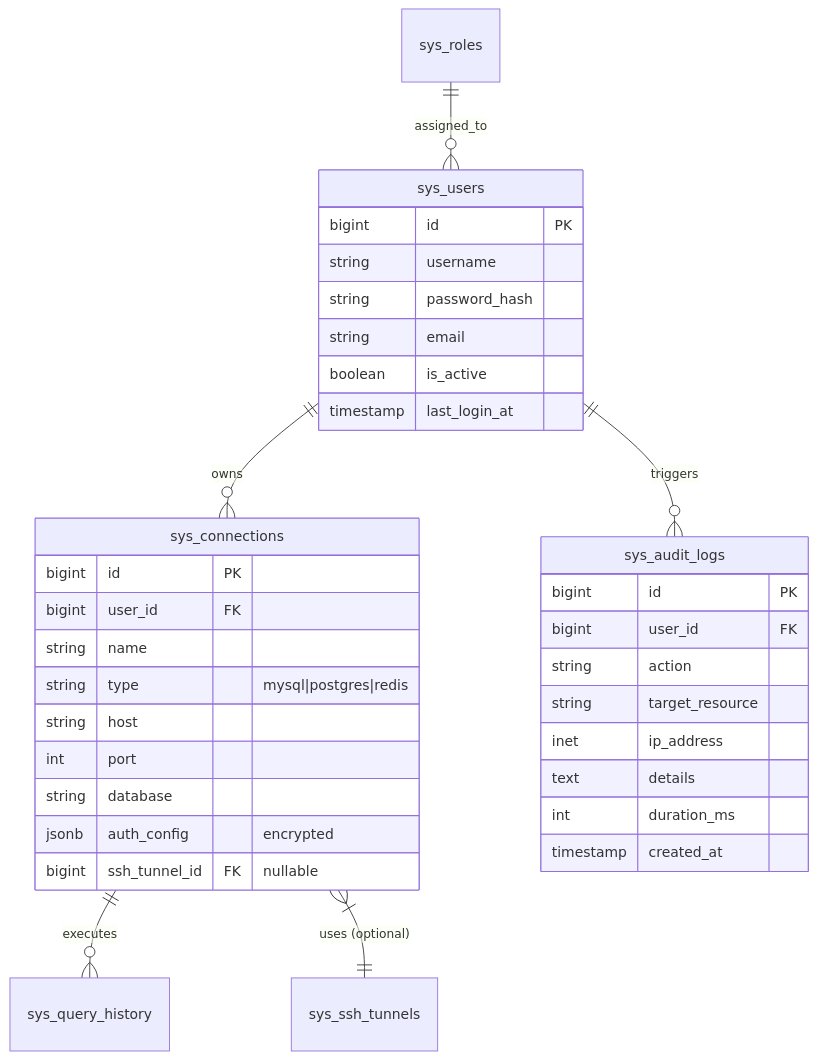
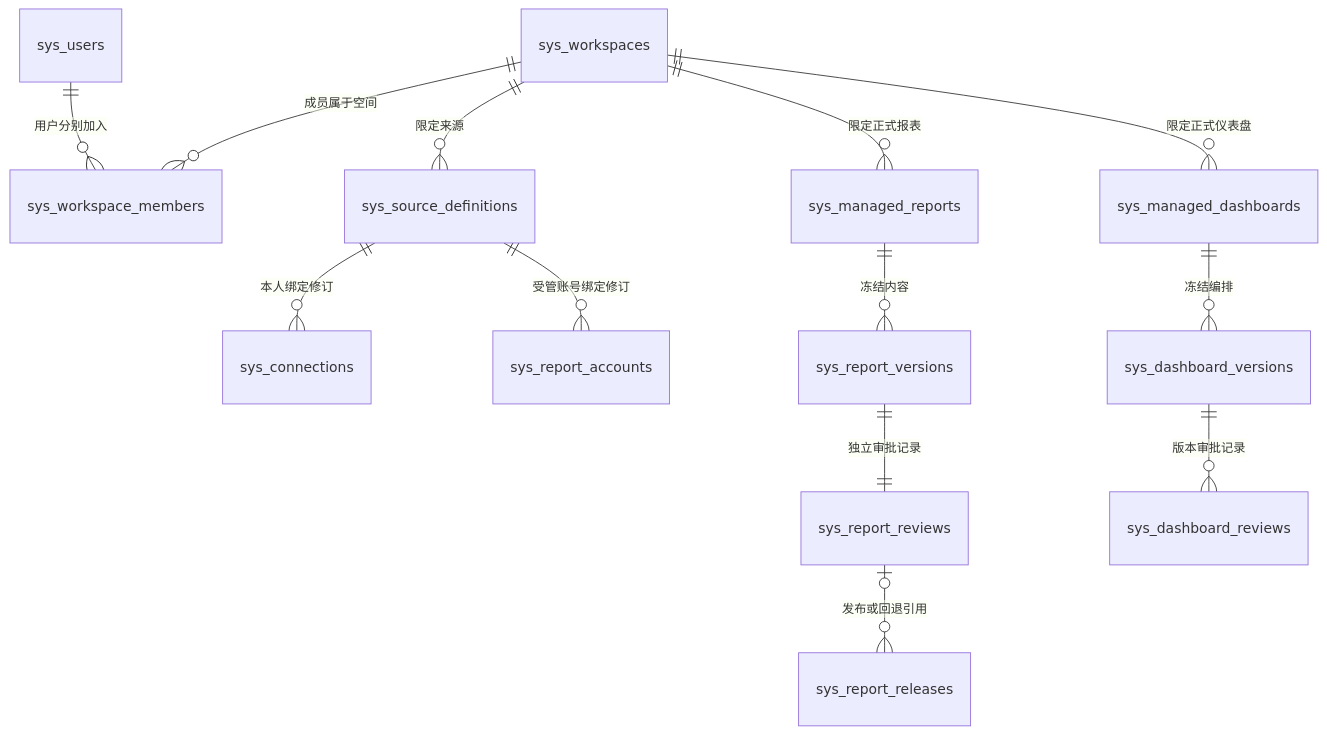
One commit to xielforever/DBHub changed the diagram in docs/数据库设计/数据库模型设计.md. Above: the diagram before and after it, drawn with Mermaid. The commit also changed other lines of this file and 116 other files, not shown here.

````diff
--- a/docs/数据库设计/数据库模型设计.md
+++ b/docs/数据库设计/数据库模型设计.md
@@ -21,40 +9,15 @@
 ```mermaid
 erDiagram
-    sys_users ||--o{ sys_connections : "owns"
-    sys_users ||--o{ sys_audit_logs : "triggers"
-    sys_roles ||--o{ sys_users : "assigned_to"
-    sys_connections ||--o{ sys_query_history : "executes"
-    sys_connections }|--|| sys_ssh_tunnels : "uses (optional)"
-
-    sys_users {
-        bigint id PK
-        string username
-        string password_hash
-        string email
-        boolean is_active
-        timestamp last_login_at
-    }
-
-    sys_connections {
-        bigint id PK
-        bigint user_id FK
-        string name
-        string type "mysql|postgres|redis"
-        string host
-        int port
-        string database
-        jsonb auth_config "encrypted"
-        bigint ssh_tunnel_id FK "nullable"
-    }
-
-    sys_audit_logs {
-        bigint id PK
-        bigint user_id FK
-        string action
-        string target_resource
-        inet ip_address
-        text details
-        int duration_ms
-        timestamp created_at
-    }
+    sys_workspaces ||--o{ sys_workspace_members : "成员属于空间"
+    sys_users ||--o{ sys_workspace_members : "用户分别加入"
+    sys_workspaces ||--o{ sys_source_definitions : "限定来源"
+    sys_source_definitions ||--o{ sys_connections : "本人绑定修订"
+    sys_source_definitions ||--o{ sys_report_accounts : "受管账号绑定修订"
+    sys_workspaces ||--o{ sys_managed_reports : "限定正式报表"
+    sys_managed_reports ||--o{ sys_report_versions : "冻结内容"
+    sys_report_versions ||--|| sys_report_reviews : "独立审批记录"
+    sys_report_reviews |o--o{ sys_report_releases : "发布或回退引用"
+    sys_workspaces ||--o{ sys_managed_dashboards : "限定正式仪表盘"
+    sys_managed_dashboards ||--o{ sys_dashboard_versions : "冻结编排"
+    sys_dashboard_versions ||--o{ sys_dashboard_reviews : "版本审批记录"
 ```
````
